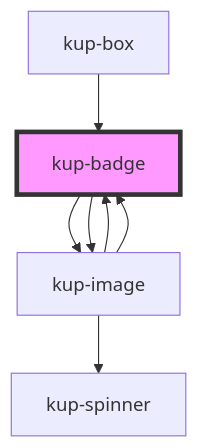
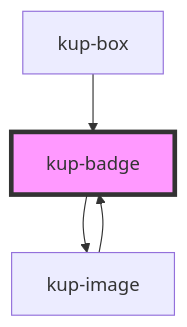
Before and after one commit to smeup/ketchup: the diagram in packages/ketchup/src/components/kup-badge/readme.md, drawn with Mermaid. The commit also changed other lines of this file and 24 other files, not shown here.

````diff
--- a/packages/ketchup/src/components/kup-badge/readme.md
+++ b/packages/ketchup/src/components/kup-badge/readme.md
@@ -38,10 +37,7 @@
 ```mermaid
 graph TD;
   kup-badge --> kup-image
-  kup-badge --> kup-image
-  kup-image --> kup-badge
-  kup-image --> kup-spinner
   kup-image --> kup-badge
   kup-box --> kup-badge
   style kup-badge fill:#f9f,stroke:#333,stroke-width:4px
 ```
````
